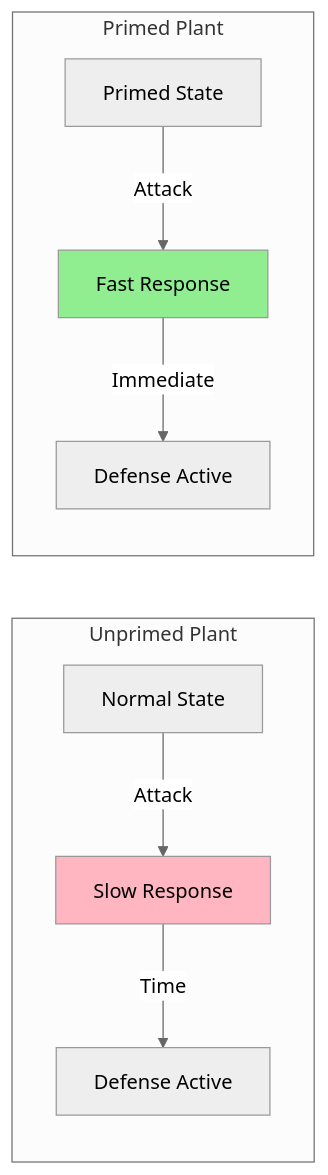
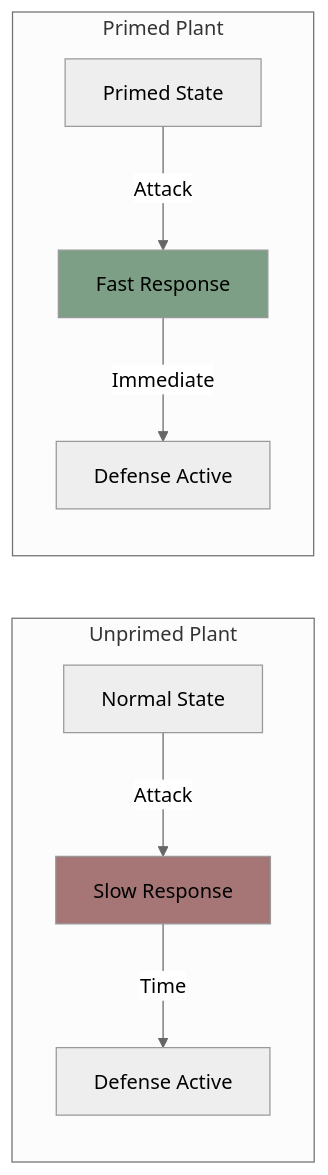
One commit to ScopeCreep-zip/Symbiont changed the sixth of 7 diagrams in docs/concepts/biological-foundations.md. Above: the diagram before and after it, drawn with Mermaid (neutral theme). The commit also changed other lines of this file and 17 other files, not shown here.

Commit message:
update to diagram colors

````diff
--- a/docs/concepts/biological-foundations.md
+++ b/docs/concepts/biological-foundations.md
@@ -285,15 +285,15 @@
 ```mermaid
 graph LR
     subgraph "Unprimed Plant"
         U1[Normal State] -->|Attack| U2[Slow Response]
         U2 -->|Time| U3[Defense Active]
     end
 
     subgraph "Primed Plant"
         P1[Primed State] -->|Attack| P2[Fast Response]
         P2 -->|Immediate| P3[Defense Active]
     end
 
-    style U2 fill:#FFB6C1
-    style P2 fill:#90EE90
+    style U2 fill:#a67676
+    style P2 fill:#7d9f85
 ```
````
